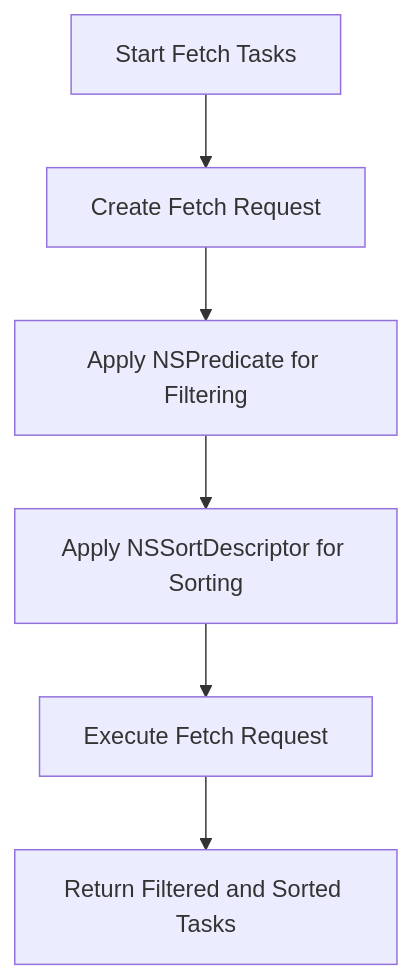
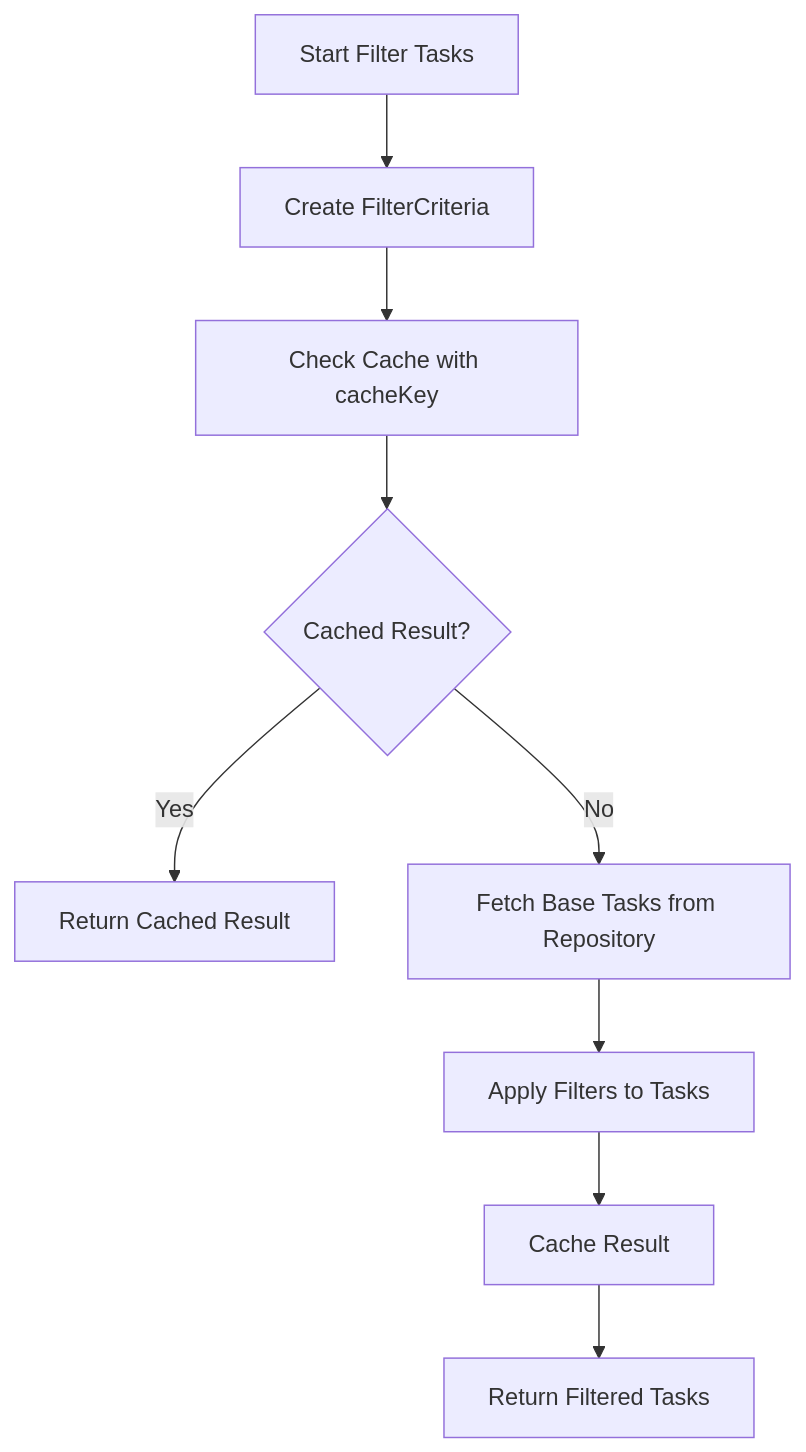
Before and after one commit to Saransh-Sharma/Tasker: the diagram in .qoder/repowiki/en/content/Task Management System/Task Filtering and Organization.md, drawn with Mermaid. The commit also changed other lines of this file and 18 other files, not shown here.

````diff
--- a/.qoder/repowiki/en/content/Task Management System/Task Filtering and Organization.md
+++ b/.qoder/repowiki/en/content/Task Management System/Task Filtering and Organization.md
@@ -47,8 +58,11 @@
 ```mermaid
 flowchart TD
-A[Start Fetch Tasks] --> B[Create Fetch Request]
-B --> C[Apply NSPredicate for Filtering]
-C --> D[Apply NSSortDescriptor for Sorting]
-D --> E[Execute Fetch Request]
-E --> F[Return Filtered and Sorted Tasks]
+A[Start Filter Tasks] --> B[Create FilterCriteria]
+B --> C[Check Cache with cacheKey]
+C --> D{Cached Result?}
+D --> |Yes| E[Return Cached Result]
+D --> |No| F[Fetch Base Tasks from Repository]
+F --> G[Apply Filters to Tasks]
+G --> H[Cache Result]
+H --> I[Return Filtered Tasks]
 ```
````
